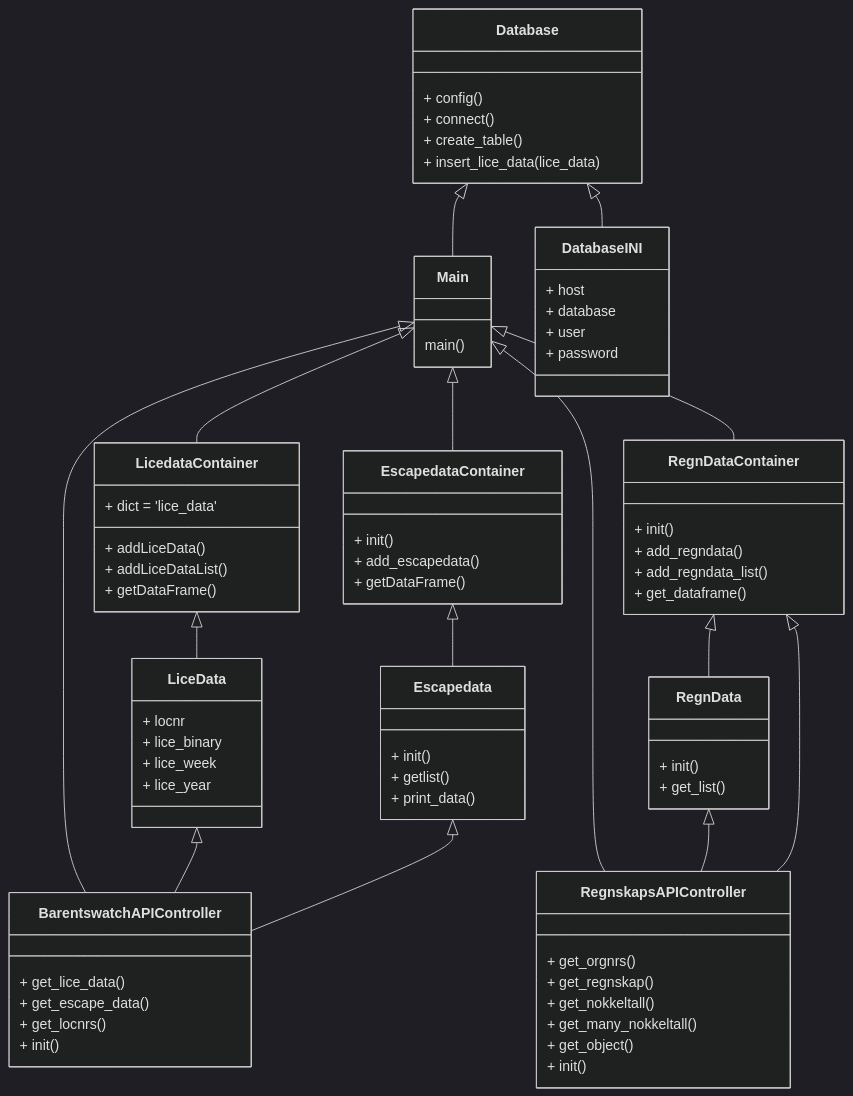
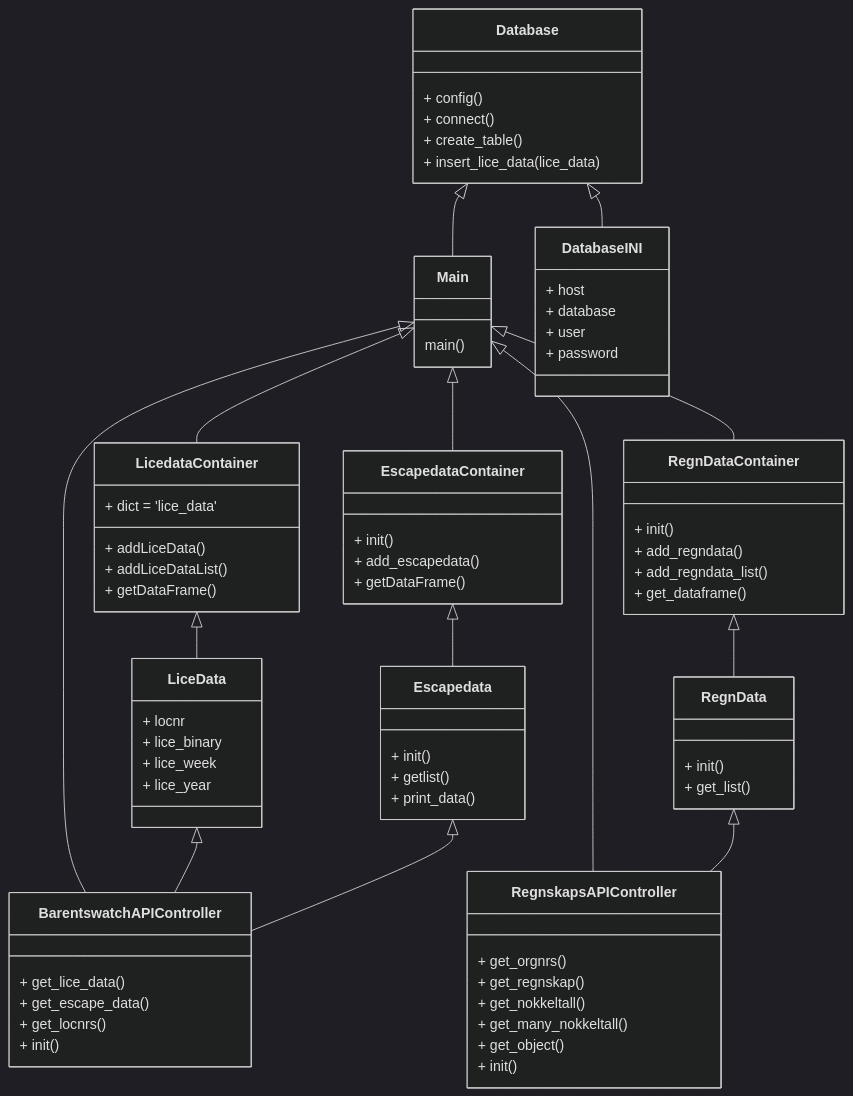
One commit to brreg/sommercamp2022 changed the diagram in Documentation/class_diagram.md. Above: the diagram before and after it, drawn with Mermaid (dark theme).

Commit message:
Update class_diagram.md
Removed link between RegnskapsAPIkontroller and RegnDataContainer

```diff
--- a/Documentation/class_diagram.md
+++ b/Documentation/class_diagram.md
@@ -14,7 +14,6 @@
 	EscapedataContainer <|-- Escapedata
 	Main <|-- EscapedataContainer
 	RegnData <|-- RegnskapsAPIController
-	RegnDataContainer <|-- RegnskapsAPIController
 	
     
 	
```
